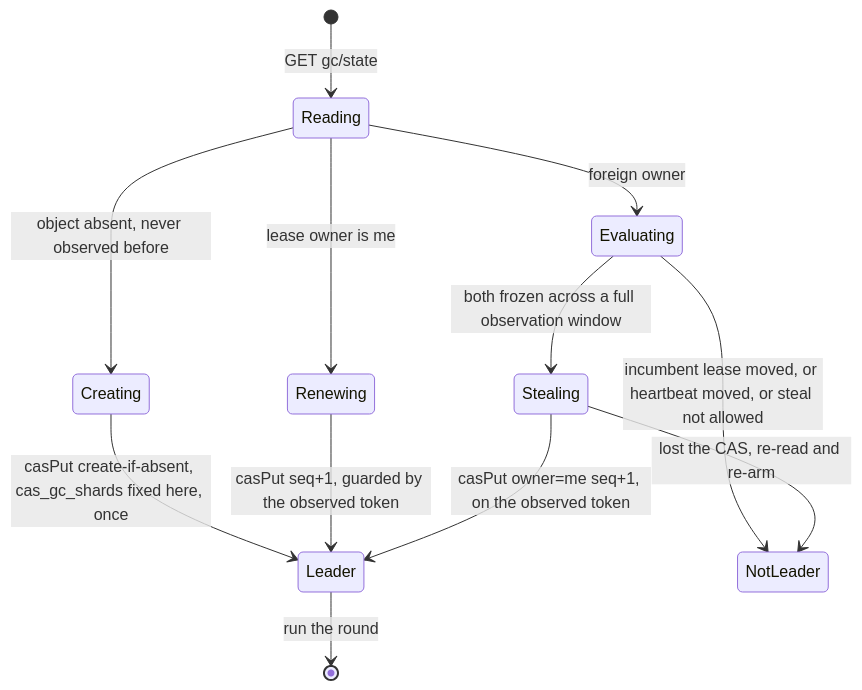
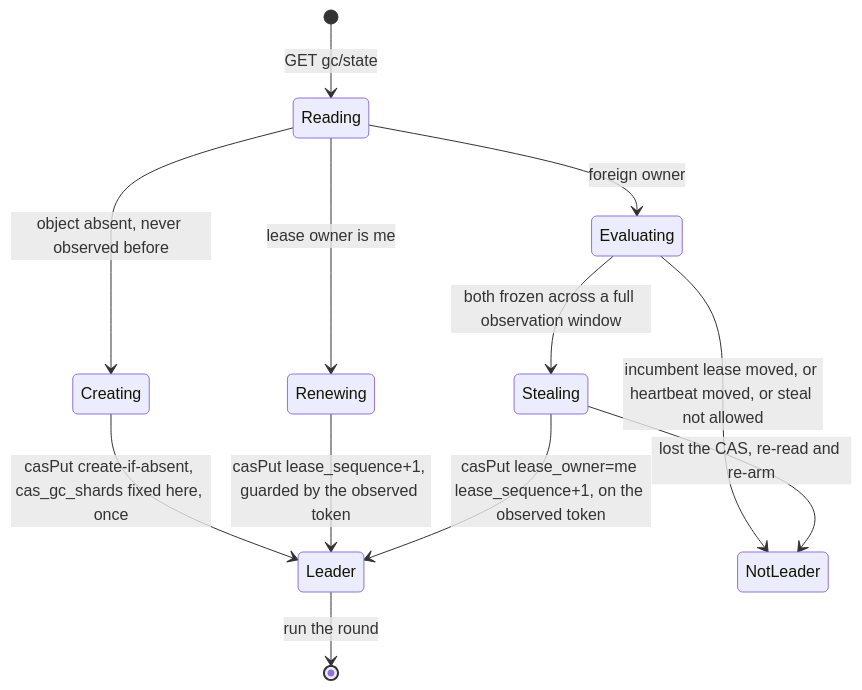
Before and after one commit to Altinity/ClickHouse: the first of 3 diagrams in docs/en/antalya/cas/architecture/garbage-collection.md, drawn with Mermaid. The commit also changed other lines of this file and 73 other files, not shown here.

````diff
--- a/docs/en/antalya/cas/architecture/garbage-collection.md
+++ b/docs/en/antalya/cas/architecture/garbage-collection.md
@@ -27,14 +27,14 @@
 ```mermaid
 stateDiagram-v2
     [*] --> Reading: GET gc/state
     Reading --> Creating: object absent, never observed before
     Creating --> Leader: casPut create-if-absent, cas_gc_shards fixed here, once
     Reading --> Renewing: lease owner is me
-    Renewing --> Leader: casPut seq+1, guarded by the observed token
+    Renewing --> Leader: casPut lease_sequence+1, guarded by the observed token
     Reading --> Evaluating: foreign owner
     Evaluating --> NotLeader: incumbent lease moved, or heartbeat moved, or steal not allowed
     Evaluating --> Stealing: both frozen across a full observation window
-    Stealing --> Leader: casPut owner=me seq+1, on the observed token
+    Stealing --> Leader: casPut lease_owner=me lease_sequence+1, on the observed token
     Stealing --> NotLeader: lost the CAS, re-read and re-arm
     Leader --> [*]: run the round
 ```
````
